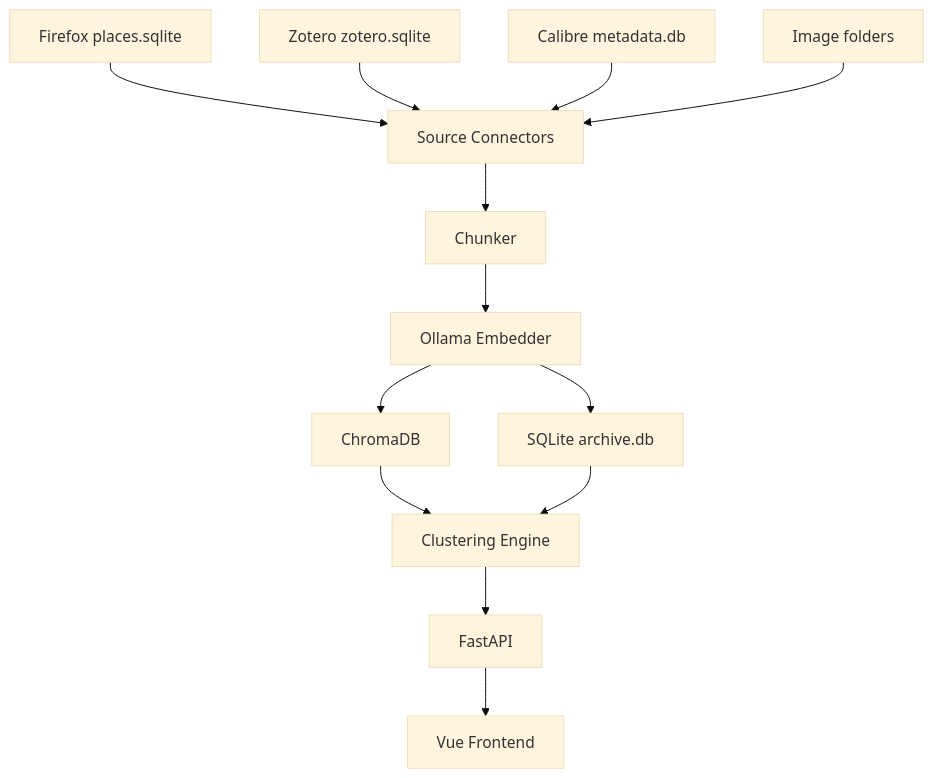
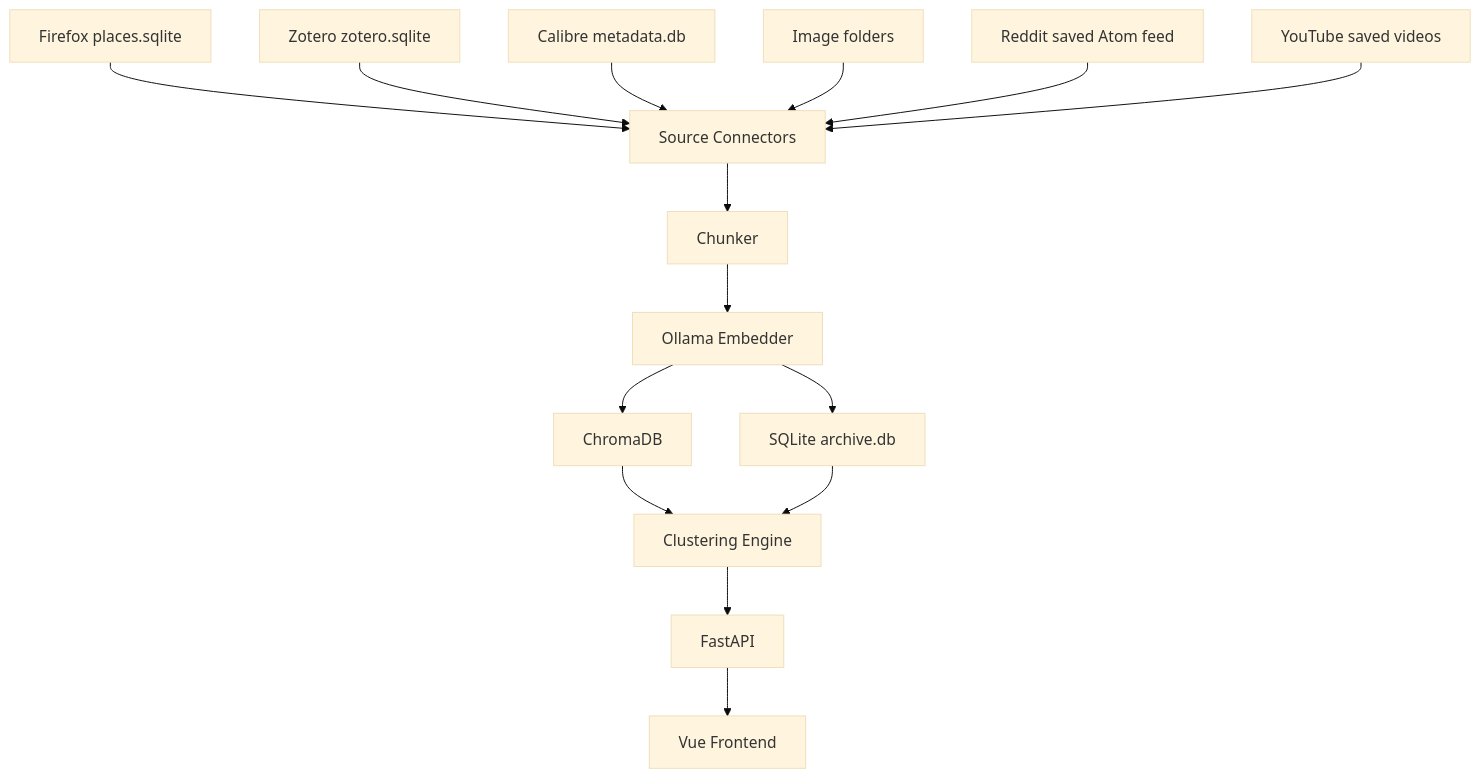
The first of 2 diagrams in DESIGN.md (aleblanc30/alexandria), drawn with Mermaid (base theme) before and after one commit. The commit also changed other lines of this file and 15 other files, not shown here.

````diff
--- a/DESIGN.md
+++ b/DESIGN.md
@@ -13,15 +14,17 @@
 ```mermaid
 graph TD
     A[Firefox places.sqlite] --> D[Source Connectors]
     B[Zotero zotero.sqlite]  --> D
     C[Calibre metadata.db]   --> D
     I[Image folders]         --> D
+    R[Reddit saved Atom feed] --> D
+    Y[YouTube saved videos]   --> D
     D --> E[Chunker]
     E --> F[Ollama Embedder]
     F --> G[ChromaDB]
     F --> H[SQLite archive.db]
     G --> J[Clustering Engine]
     H --> J
     J --> K[FastAPI]
     K --> L[Vue Frontend]
 ```
````
